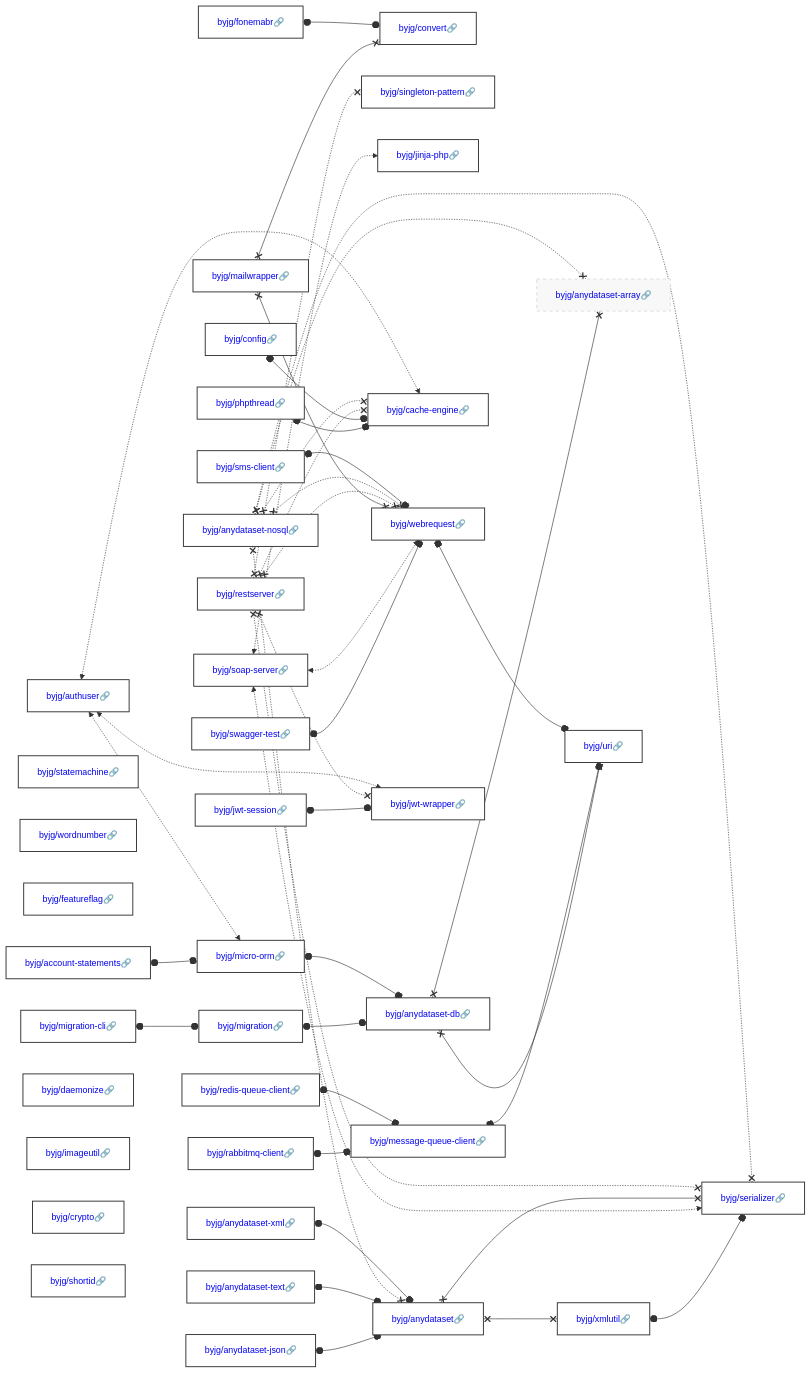
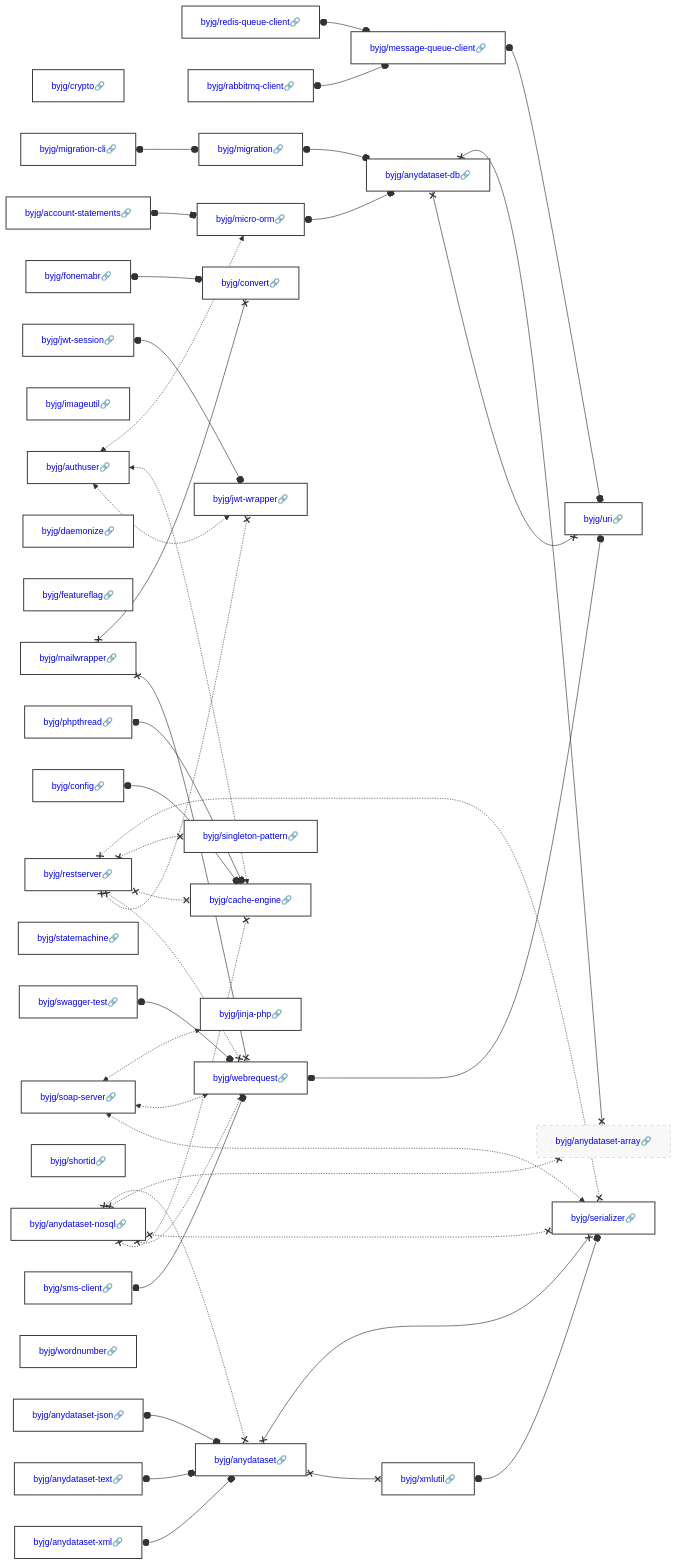
Before and after one commit to byjg/byjg.github.io: the diagram in docs/php/README.md, drawn with Mermaid. The commit also changed other lines of this file and 1 other file, not shown here.

Commit message:
Update documentation 'php' 'php-serializer'

````diff
--- a/docs/php/README.md
+++ b/docs/php/README.md
@@ -3,40 +3,40 @@
 ```mermaid
 graph LR;
+  byjg/crypto[<a href='https://opensource.byjg.com/docs/php/crypto' style='text-decoration:none'>byjg/crypto🔗</a>];
   byjg/authuser[<a href='https://opensource.byjg.com/docs/php/authuser' style='text-decoration:none'>byjg/authuser🔗</a>];
+  byjg/migration-cli[<a href='https://opensource.byjg.com/docs/php/migration-cli' style='text-decoration:none'>byjg/migration-cli🔗</a>];
   byjg/fonemabr[<a href='https://opensource.byjg.com/docs/php/fonemabr' style='text-decoration:none'>byjg/fonemabr🔗</a>];
+  byjg/jwt-session[<a href='https://opensource.byjg.com/docs/php/jwt-session' style='text-decoration:none'>byjg/jwt-session🔗</a>];
+  byjg/imageutil[<a href='https://opensource.byjg.com/docs/php/imageutil' style='text-decoration:none'>byjg/imageutil🔗</a>];
+  byjg/anydataset-json[<a href='https://opensource.byjg.com/docs/php/anydataset-json' style='text-decoration:none'>byjg/anydataset-json🔗</a>];
+  byjg/daemonize[<a href='https://opensource.byjg.com/docs/php/daemonize' style='text-decoration:none'>byjg/daemonize🔗</a>];
+  byjg/featureflag[<a href='https://opensource.byjg.com/docs/php/featureflag' style='text-decoration:none'>byjg/featureflag🔗</a>];
+  byjg/mailwrapper[<a href='https://opensource.byjg.com/docs/php/mailwrapper' style='text-decoration:none'>byjg/mailwrapper🔗</a>];
+  byjg/anydataset-xml[<a href='https://opensource.byjg.com/docs/php/anydataset-xml' style='text-decoration:none'>byjg/anydataset-xml🔗</a>];
+  byjg/restserver[<a href='https://opensource.byjg.com/docs/php/restserver' style='text-decoration:none'>byjg/restserver🔗</a>];
+  byjg/anydataset-nosql[<a href='https://opensource.byjg.com/docs/php/anydataset-nosql' style='text-decoration:none'>byjg/anydataset-nosql🔗</a>];
+  byjg/statemachine[<a href='https://opensource.byjg.com/docs/php/statemachine' style='text-decoration:none'>byjg/statemachine🔗</a>];
+  byjg/soap-server[<a href='https://opensource.byjg.com/docs/php/soap-server' style='text-decoration:none'>byjg/soap-server🔗</a>];
+  byjg/swagger-test[<a href='https://opensource.byjg.com/docs/php/swagger-test' style='text-decoration:none'>byjg/swagger-test🔗</a>];
+  byjg/shortid[<a href='https://opensource.byjg.com/docs/php/shortid' style='text-decoration:none'>byjg/shortid🔗</a>];
+  byjg/account-statements[<a href='https://opensource.byjg.com/docs/php/account-statements' style='text-decoration:none'>byjg/account-statements🔗</a>];
   byjg/redis-queue-client[<a href='https://opensource.byjg.com/docs/php/redis-queue-client' style='text-decoration:none'>byjg/redis-queue-client🔗</a>];
-  byjg/mailwrapper[<a href='https://opensource.byjg.com/docs/php/mailwrapper' style='text-decoration:none'>byjg/mailwrapper🔗</a>];
-  byjg/statemachine[<a href='https://opensource.byjg.com/docs/php/statemachine' style='text-decoration:none'>byjg/statemachine🔗</a>];
-  byjg/anydataset-nosql[<a href='https://opensource.byjg.com/docs/php/anydataset-nosql' style='text-decoration:none'>byjg/anydataset-nosql🔗</a>];
-  byjg/anydataset-xml[<a href='https://opensource.byjg.com/docs/php/anydataset-xml' style='text-decoration:none'>byjg/anydataset-xml🔗</a>];
   byjg/anydataset-text[<a href='https://opensource.byjg.com/docs/php/anydataset-text' style='text-decoration:none'>byjg/anydataset-text🔗</a>];
+  byjg/rabbitmq-client[<a href='https://opensource.byjg.com/docs/php/rabbitmq-client' style='text-decoration:none'>byjg/rabbitmq-client🔗</a>];
+  byjg/wordnumber[<a href='https://opensource.byjg.com/docs/php/wordnumber' style='text-decoration:none'>byjg/wordnumber🔗</a>];
+  byjg/config[<a href='https://opensource.byjg.com/docs/php/config' style='text-decoration:none'>byjg/config🔗</a>];
+  byjg/phpthread[<a href='https://opensource.byjg.com/docs/php/phpthread' style='text-decoration:none'>byjg/phpthread🔗</a>];
   byjg/sms-client[<a href='https://opensource.byjg.com/docs/php/sms-client' style='text-decoration:none'>byjg/sms-client🔗</a>];
-  byjg/wordnumber[<a href='https://opensource.byjg.com/docs/php/wordnumber' style='text-decoration:none'>byjg/wordnumber🔗</a>];
-  byjg/restserver[<a href='https://opensource.byjg.com/docs/php/restserver' style='text-decoration:none'>byjg/restserver🔗</a>];
-  byjg/soap-server[<a href='https://opensource.byjg.com/docs/php/soap-server' style='text-decoration:none'>byjg/soap-server🔗</a>];
-  byjg/featureflag[<a href='https://opensource.byjg.com/docs/php/featureflag' style='text-decoration:none'>byjg/featureflag🔗</a>];
-  byjg/account-statements[<a href='https://opensource.byjg.com/docs/php/account-statements' style='text-decoration:none'>byjg/account-statements🔗</a>];
-  byjg/migration-cli[<a href='https://opensource.byjg.com/docs/php/migration-cli' style='text-decoration:none'>byjg/migration-cli🔗</a>];
-  byjg/phpthread[<a href='https://opensource.byjg.com/docs/php/phpthread' style='text-decoration:none'>byjg/phpthread🔗</a>];
-  byjg/swagger-test[<a href='https://opensource.byjg.com/docs/php/swagger-test' style='text-decoration:none'>byjg/swagger-test🔗</a>];
-  byjg/rabbitmq-client[<a href='https://opensource.byjg.com/docs/php/rabbitmq-client' style='text-decoration:none'>byjg/rabbitmq-client🔗</a>];
-  byjg/config[<a href='https://opensource.byjg.com/docs/php/config' style='text-decoration:none'>byjg/config🔗</a>];
-  byjg/daemonize[<a href='https://opensource.byjg.com/docs/php/daemonize' style='text-decoration:none'>byjg/daemonize🔗</a>];
-  byjg/anydataset-json[<a href='https://opensource.byjg.com/docs/php/anydataset-json' style='text-decoration:none'>byjg/anydataset-json🔗</a>];
-  byjg/imageutil[<a href='https://opensource.byjg.com/docs/php/imageutil' style='text-decoration:none'>byjg/imageutil🔗</a>];
-  byjg/jwt-session[<a href='https://opensource.byjg.com/docs/php/jwt-session' style='text-decoration:none'>byjg/jwt-session🔗</a>];
-  byjg/crypto[<a href='https://opensource.byjg.com/docs/php/crypto' style='text-decoration:none'>byjg/crypto🔗</a>];
-  byjg/shortid[<a href='https://opensource.byjg.com/docs/php/shortid' style='text-decoration:none'>byjg/shortid🔗</a>];
+  byjg/migration[<a href='https://opensource.byjg.com/docs/php/migration' style='text-decoration:none'>byjg/migration🔗</a>];
   byjg/convert[<a href='https://opensource.byjg.com/docs/php/convert' style='text-decoration:none'>byjg/convert🔗</a>];
   byjg/singleton-pattern[<a href='https://opensource.byjg.com/docs/php/singleton-pattern' style='text-decoration:none'>byjg/singleton-pattern🔗</a>];
+  byjg/jwt-wrapper[<a href='https://opensource.byjg.com/docs/php/jwt-wrapper' style='text-decoration:none'>byjg/jwt-wrapper🔗</a>];
   byjg/jinja-php[<a href='https://opensource.byjg.com/docs/php/jinja-php' style='text-decoration:none'>byjg/jinja-php🔗</a>];
   byjg/micro-orm[<a href='https://opensource.byjg.com/docs/php/micro-orm' style='text-decoration:none'>byjg/micro-orm🔗</a>];
-  byjg/migration[<a href='https://opensource.byjg.com/docs/php/migration' style='text-decoration:none'>byjg/migration🔗</a>];
-  byjg/webrequest[<a href='https://opensource.byjg.com/docs/php/webrequest' style='text-decoration:none'>byjg/webrequest🔗</a>];
+  byjg/anydataset[<a href='https://opensource.byjg.com/docs/php/anydataset' style='text-decoration:none'>byjg/anydataset🔗</a>];
   byjg/message-queue-client[<a href='https://opensource.byjg.com/docs/php/message-queue-client' style='text-decoration:none'>byjg/message-queue-client🔗</a>];
   byjg/cache-engine[<a href='https://opensource.byjg.com/docs/php/cache-engine' style='text-decoration:none'>byjg/cache-engine🔗</a>];
-  byjg/anydataset[<a href='https://opensource.byjg.com/docs/php/anydataset' style='text-decoration:none'>byjg/anydataset🔗</a>];
-  byjg/jwt-wrapper[<a href='https://opensource.byjg.com/docs/php/jwt-wrapper' style='text-decoration:none'>byjg/jwt-wrapper🔗</a>];
+  byjg/webrequest[<a href='https://opensource.byjg.com/docs/php/webrequest' style='text-decoration:none'>byjg/webrequest🔗</a>];
   byjg/anydataset-db[<a href='https://opensource.byjg.com/docs/php/anydataset-db' style='text-decoration:none'>byjg/anydataset-db🔗</a>];
   byjg/xmlutil[<a href='https://opensource.byjg.com/docs/php/xmlutil' style='text-decoration:none'>byjg/xmlutil🔗</a>];
   byjg/anydataset-array[<a href='https://opensource.byjg.com/docs/php/anydataset-array' style='text-decoration:none'>byjg/anydataset-array🔗</a>];
````
